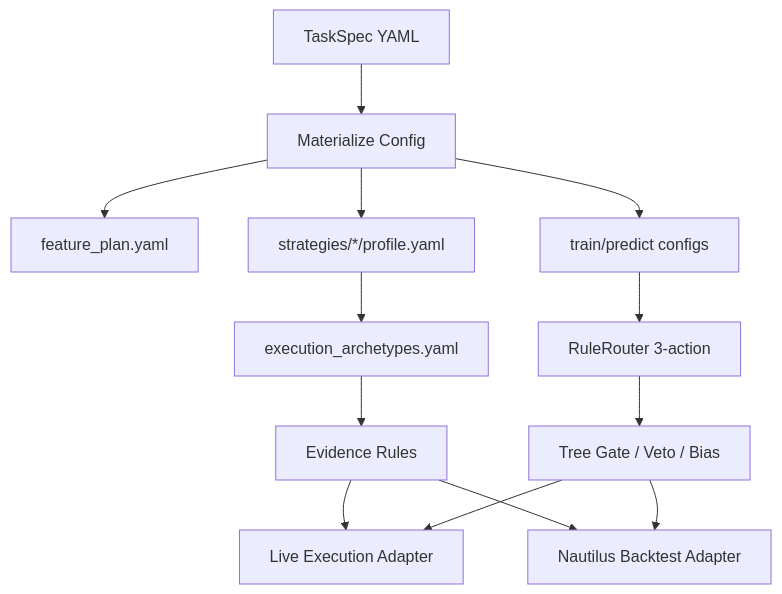
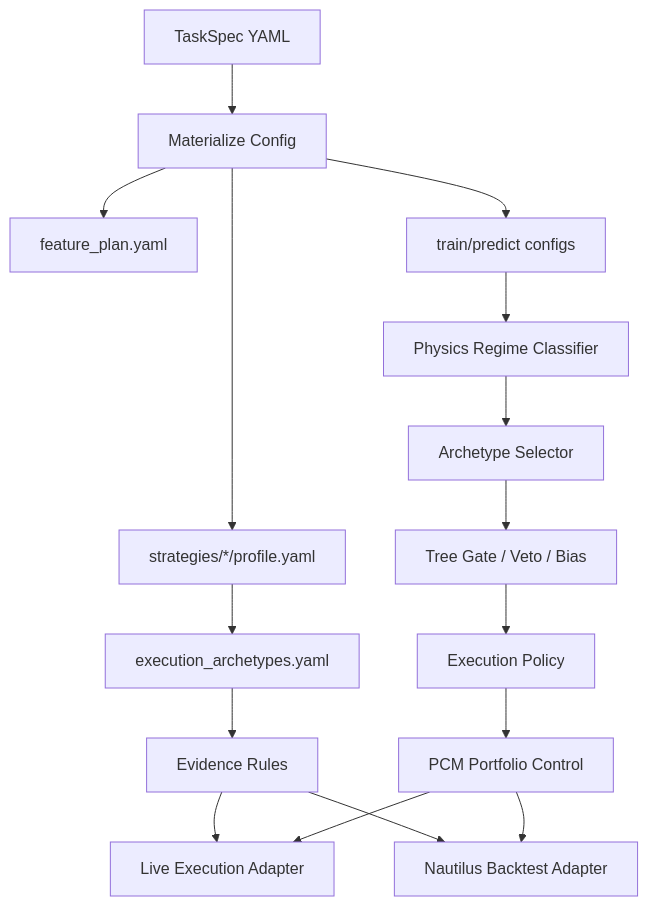
Before and after one commit to SnYang096/ml-trading-bot: the first of 3 diagrams in docs/ARCHITECTURE.md, drawn with Mermaid. The commit also changed other lines of this file and 23 other files, not shown here.

````diff
--- a/docs/ARCHITECTURE.md
+++ b/docs/ARCHITECTURE.md
@@ -83,15 +83,18 @@
 ```mermaid
 flowchart TD
   TaskSpec[TaskSpec YAML] --> Materialize[Materialize Config]
   Materialize --> FeaturePlan[feature_plan.yaml]
   Materialize --> ModelCfg[train/predict configs]
   Materialize --> StratProfiles[strategies/*/profile.yaml]
   StratProfiles --> ExecRegistry[execution_archetypes.yaml]
   ExecRegistry --> EvidenceRules[Evidence Rules]
   EvidenceRules --> LiveExec[Live Execution Adapter]
   EvidenceRules --> Backtest[Nautilus Backtest Adapter]
-  ModelCfg --> Router[RuleRouter 3-action]
-  Router --> Gate[Tree Gate / Veto / Bias]
-  Gate --> LiveExec
-  Gate --> Backtest
+  ModelCfg --> Regime[Physics Regime Classifier]
+  Regime --> Archetype[Archetype Selector]
+  Archetype --> Gate[Tree Gate / Veto / Bias]
+  Gate --> ExecPolicy[Execution Policy]
+  ExecPolicy --> PCM[PCM Portfolio Control]
+  PCM --> LiveExec
+  PCM --> Backtest
 ```
````
